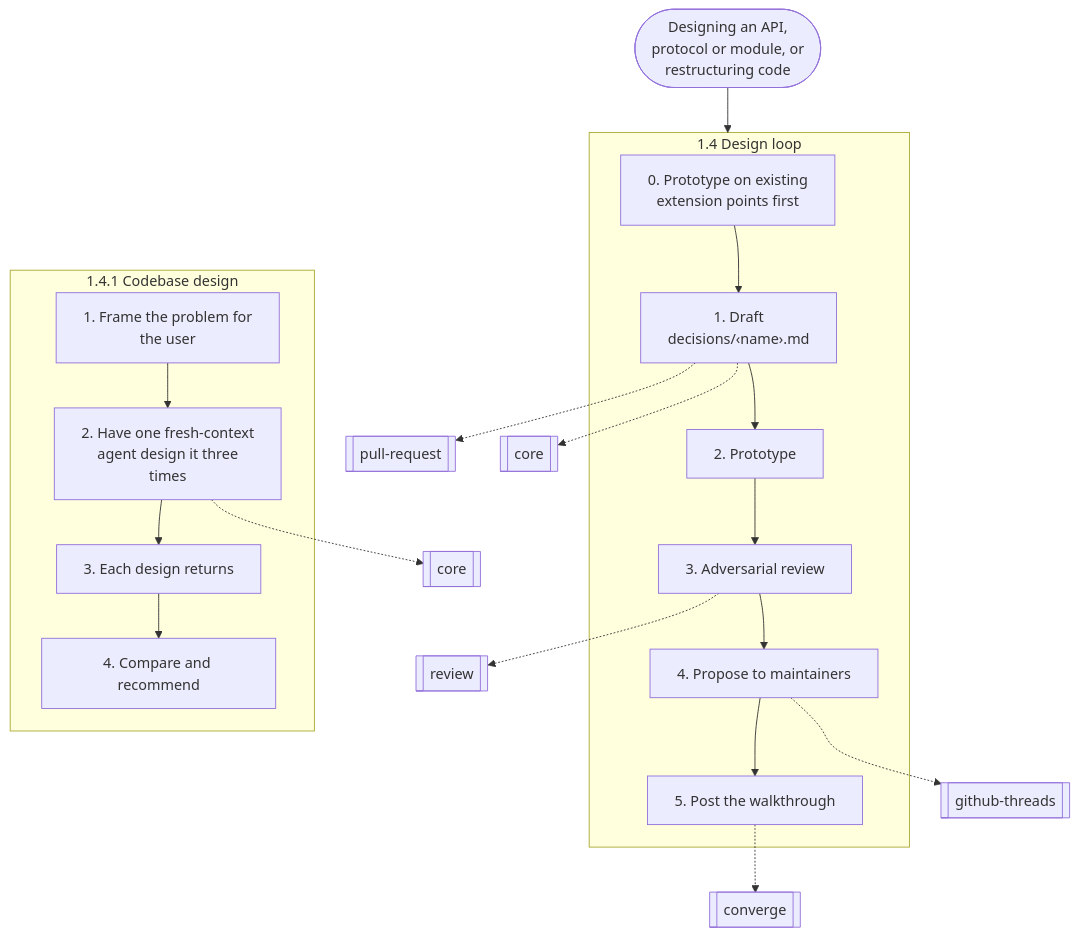
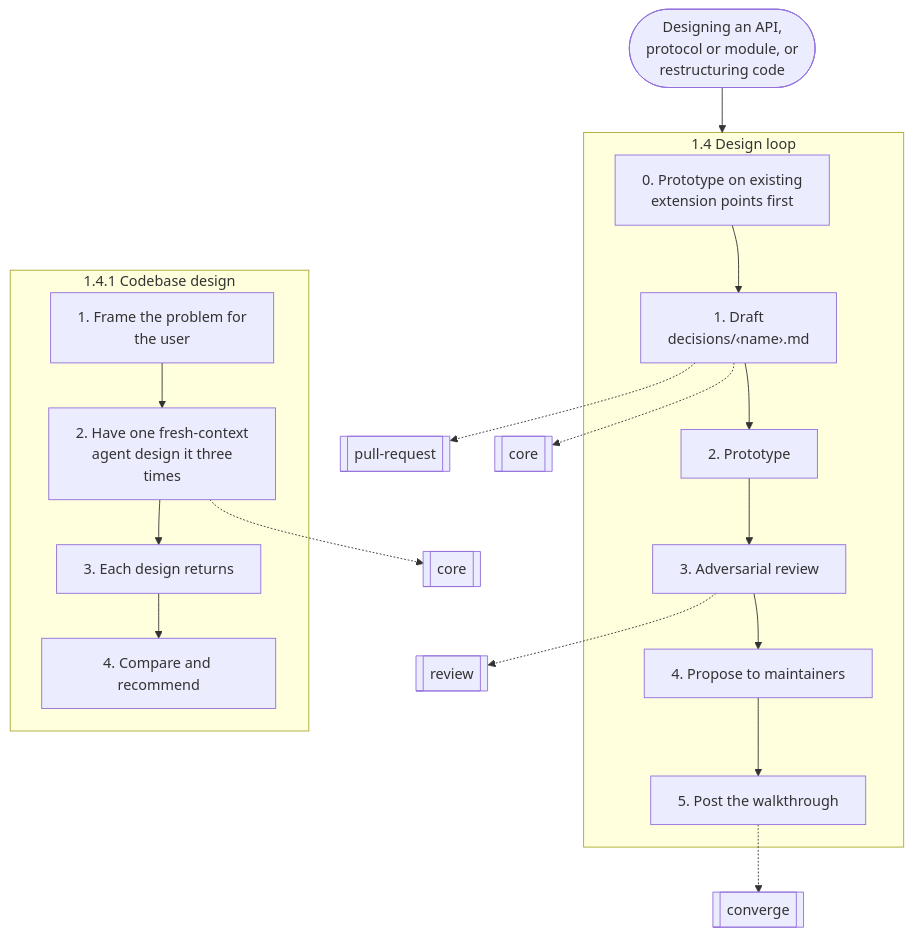
One commit to nitedani/mergeworthy changed the second of 16 diagrams in docs/graphs.md. Above: the diagram before and after it, drawn with Mermaid. The commit also changed other lines of this file and 18 other files, not shown here.

````diff
--- a/docs/graphs.md
+++ b/docs/graphs.md
@@ -63,34 +64,33 @@
 ```mermaid
 flowchart TB
   start(["Designing an API,<br/>protocol or module, or<br/>restructuring code"])
   subgraph g0["1.4 Design loop"]
     s0["0. Prototype on existing<br/>extension points first"]
     s1["1. Draft<br/>decisions/‹name›.md"]
     s0 --> s1
     s2["2. Prototype"]
     s1 --> s2
     s3["3. Adversarial review"]
     s2 --> s3
     s4["4. Propose to maintainers"]
     s3 --> s4
     s5["5. Post the walkthrough"]
     s4 --> s5
   end
   s1 -.-> r1[["pull-request"]]
   s1 -.-> r2[["core"]]
   s3 -.-> r3[["review"]]
-  s4 -.-> r4[["github-threads"]]
-  s5 -.-> r5[["converge"]]
+  s5 -.-> r4[["converge"]]
   subgraph g1["1.4.1 Codebase design"]
     s6["1. Frame the problem for<br/>the user"]
     s7["2. Have one fresh-context<br/>agent design it three<br/>times"]
     s6 --> s7
     s8["3. Each design returns"]
     s7 --> s8
     s9["4. Compare and recommend"]
     s8 --> s9
   end
-  s7 -.-> r6[["core"]]
+  s7 -.-> r5[["core"]]
   start --> g0
   g0 ~~~ g1
 ```
````
